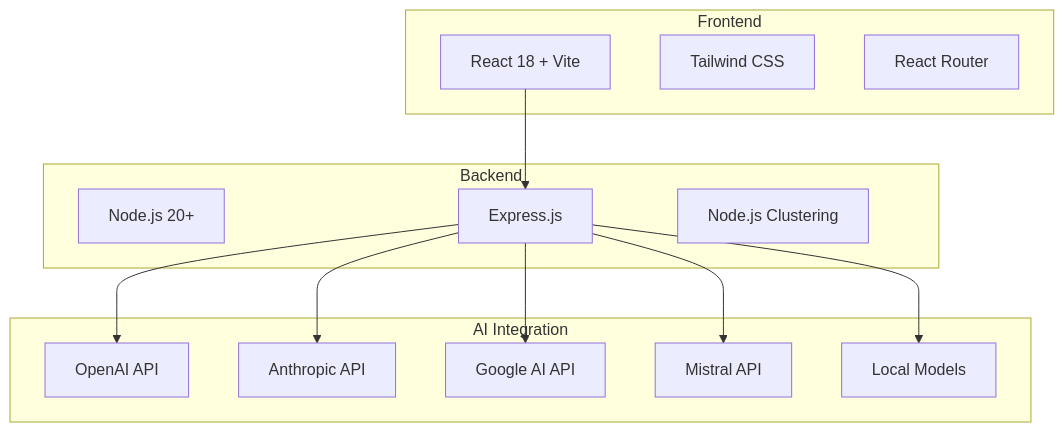
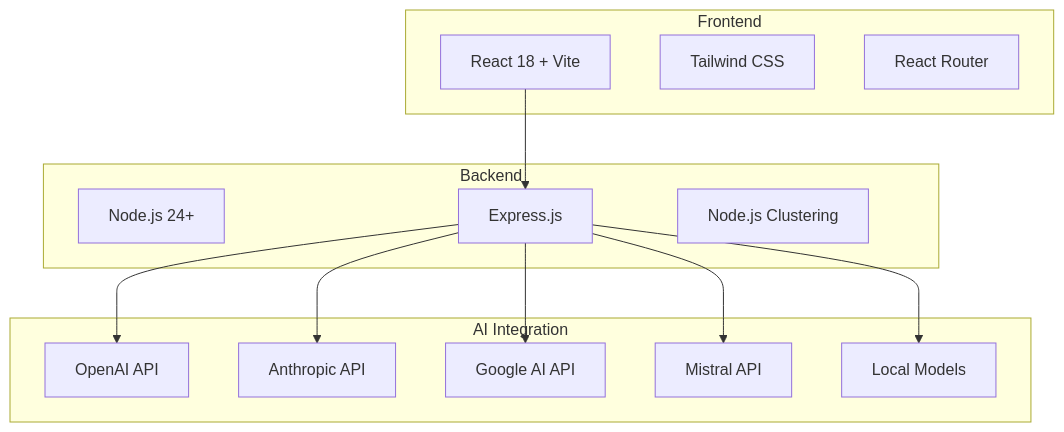
One commit to intrafind/ihub-apps changed the first of 5 diagrams in docs/developer-onboarding.md. Above: the diagram before and after it, drawn with Mermaid. The commit also changed other lines of this file and 35 other files, not shown here.

````diff
--- a/docs/developer-onboarding.md
+++ b/docs/developer-onboarding.md
@@ -85,29 +85,29 @@
 ```mermaid
 graph TB
     subgraph "Frontend"
         React[React 18 + Vite]
         TailwindCSS[Tailwind CSS]
         Router[React Router]
     end
     
     subgraph "Backend" 
-        Node[Node.js 20+]
+        Node[Node.js 24+]
         Express[Express.js]
         Clustering[Node.js Clustering]
     end
     
     subgraph "AI Integration"
         OpenAI[OpenAI API]
         Anthropic[Anthropic API]
         Google[Google AI API]
         Mistral[Mistral API]
         Local[Local Models]
     end
     
     React --> Express
     Express --> OpenAI
     Express --> Anthropic  
     Express --> Google
     Express --> Mistral
     Express --> Local
 ```
````
